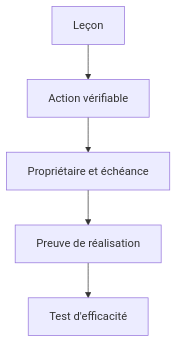
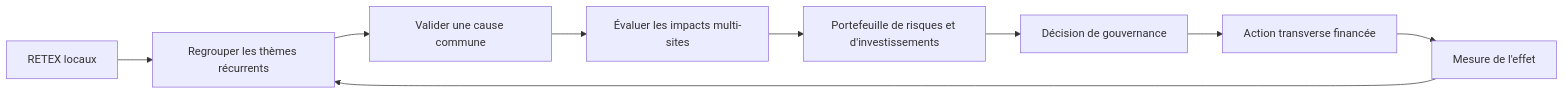
One commit to biggyseven/Skill-Tree changed the seventh of 7 diagrams in content/lessons/maint-retour-experience-expert.md. Above: the diagram before and after it, drawn with Mermaid. The commit also changed other lines of this file, not shown here.

````diff
--- a/content/lessons/maint-retour-experience-expert.md
+++ b/content/lessons/maint-retour-experience-expert.md
@@ -100,7 +822,11 @@
-~~~mermaid
-flowchart TD
-  A[Leçon] --> B[Action vérifiable]
-  B --> C[Propriétaire et échéance]
-  C --> D[Preuve de réalisation]
-  D --> E[Test d'efficacité]
-~~~
+```mermaid
+flowchart LR
+    A["RETEX locaux"] --> B["Regrouper les thèmes récurrents"]
+    B --> C["Valider une cause commune"]
+    C --> D["Évaluer les impacts multi-sites"]
+    D --> E["Portefeuille de risques et d'investissements"]
+    E --> F["Décision de gouvernance"]
+    F --> G["Action transverse financée"]
+    G --> H["Mesure de l'effet"]
+    H --> B
+```
````
